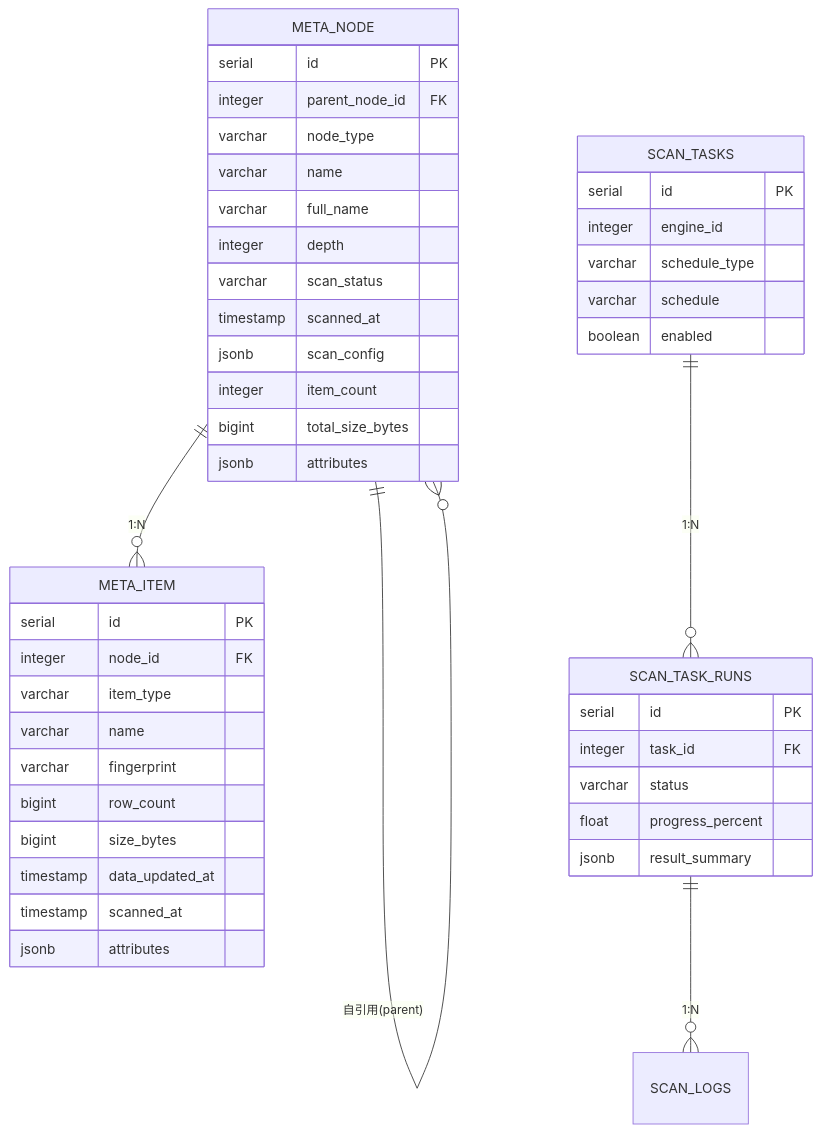
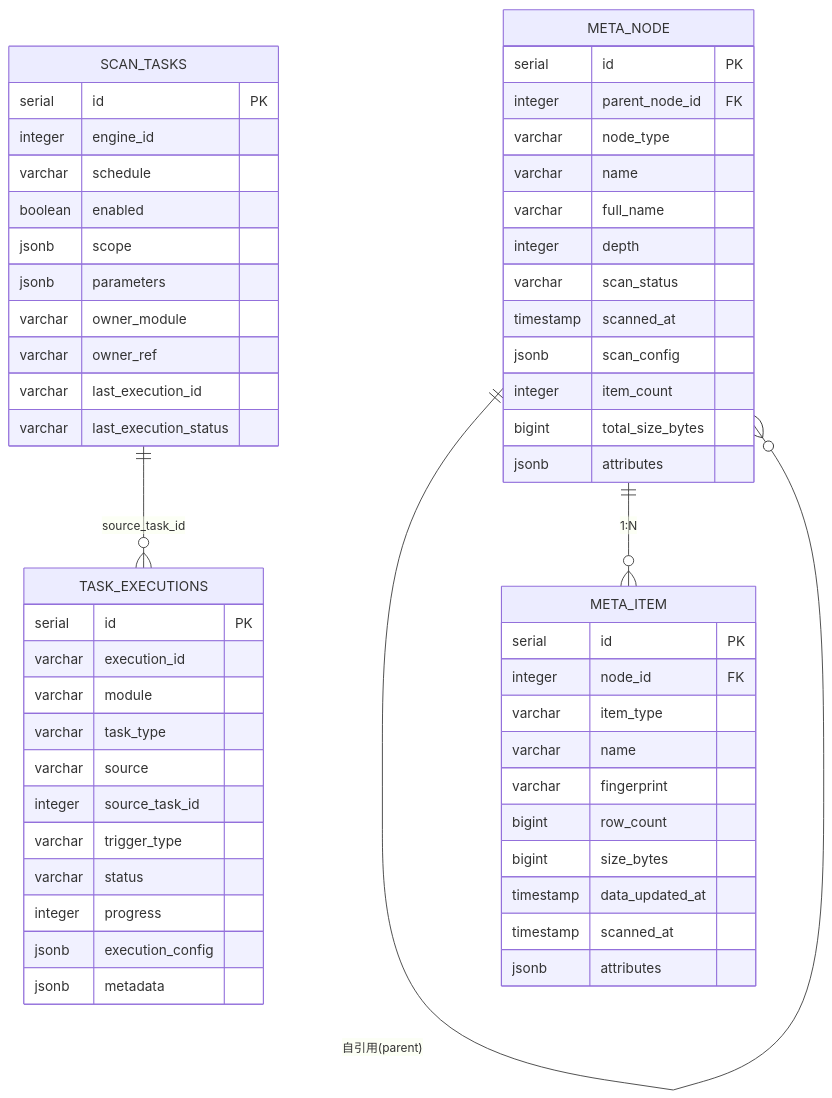
Before and after one commit to pampa0629/addp: the diagram in meta/docs/数据库架构.md, drawn with Mermaid. The commit also changed other lines of this file and 300 other files, not shown here.

````diff
--- a/meta/docs/数据库架构.md
+++ b/meta/docs/数据库架构.md
@@ -32,51 +31,61 @@
 ```mermaid
 erDiagram
     META_NODE ||--o{ META_NODE : "自引用(parent)"
     META_NODE ||--o{ META_ITEM : "1:N"
-    SCAN_TASKS ||--o{ SCAN_TASK_RUNS : "1:N"
-    SCAN_TASK_RUNS ||--o{ SCAN_LOGS : "1:N"
+    SCAN_TASKS ||--o{ TASK_EXECUTIONS : "source_task_id"
 
     META_NODE {
         serial id PK
         integer parent_node_id FK
         varchar node_type
         varchar name
         varchar full_name
         integer depth
         varchar scan_status
         timestamp scanned_at
         jsonb scan_config
         integer item_count
         bigint total_size_bytes
         jsonb attributes
     }
 
     META_ITEM {
         serial id PK
         integer node_id FK
         varchar item_type
         varchar name
         varchar fingerprint
         bigint row_count
         bigint size_bytes
         timestamp data_updated_at
         timestamp scanned_at
         jsonb attributes
     }
 
     SCAN_TASKS {
         serial id PK
         integer engine_id
-        varchar schedule_type
         varchar schedule
         boolean enabled
+        jsonb scope
+        jsonb parameters
+        varchar owner_module
+        varchar owner_ref
+        varchar last_execution_id
+        varchar last_execution_status
     }
 
-    SCAN_TASK_RUNS {
+    TASK_EXECUTIONS {
         serial id PK
-        integer task_id FK
+        varchar execution_id
+        varchar module
+        varchar task_type
+        varchar source
+        integer source_task_id
+        varchar trigger_type
         varchar status
-        float progress_percent
-        jsonb result_summary
+        integer progress
+        jsonb execution_config
+        jsonb metadata
     }
 ```
````
